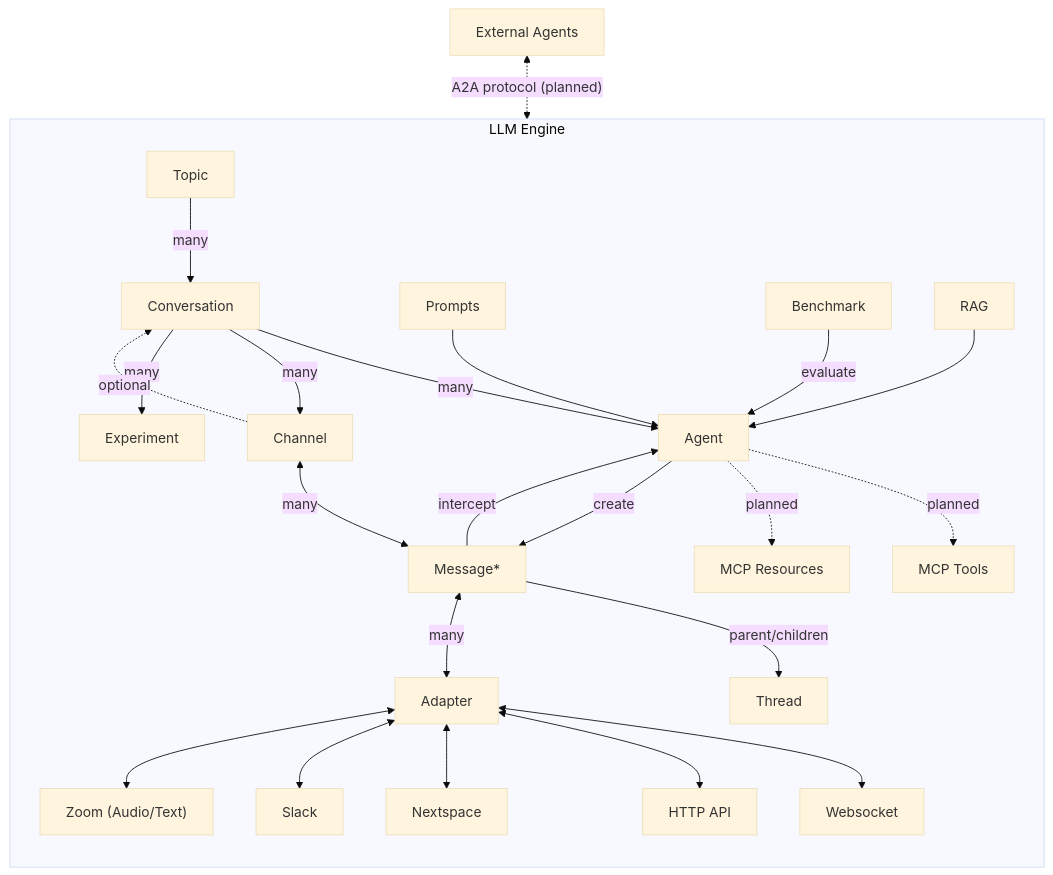
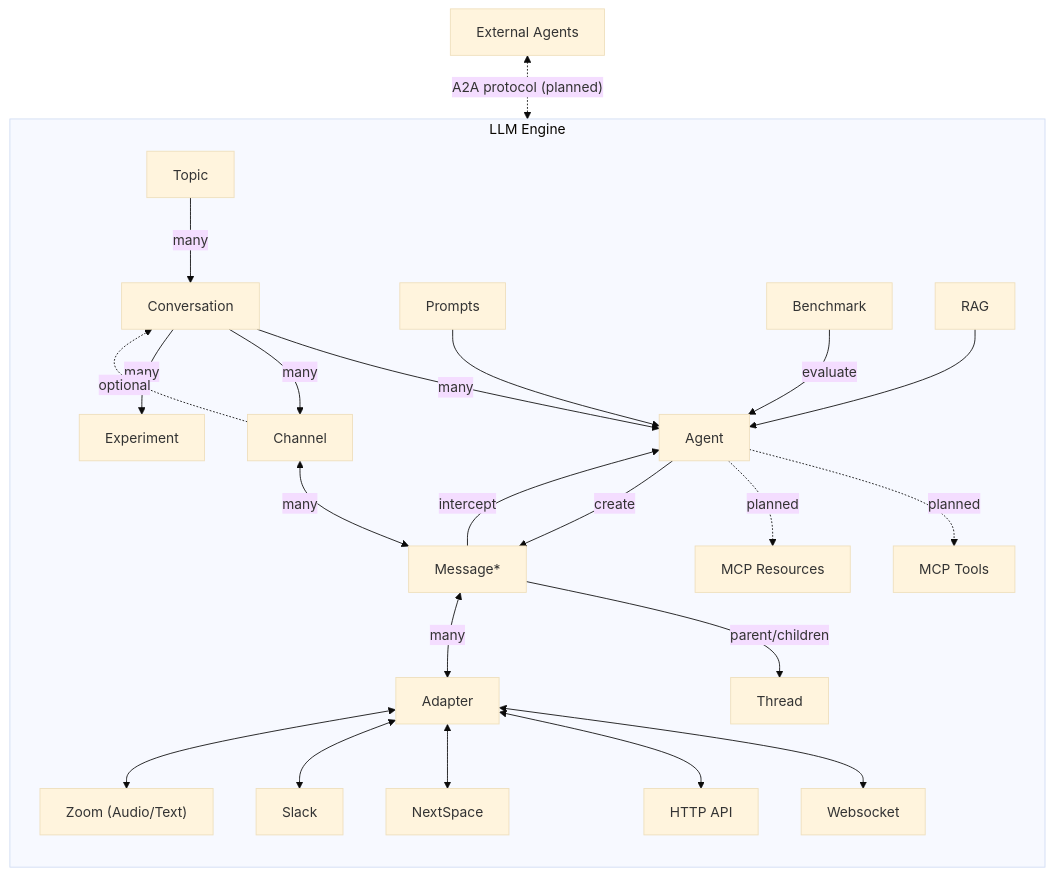
One commit to berkmancenter/llm_engine changed the diagram in docs/pages/developers/index.md. Above: the diagram before and after it, drawn with Mermaid (base theme). The commit also changed other lines of this file and 28 other files, not shown here.

Commit message:
fix: correct NextSpace product name capitalization throughout

````diff
--- a/docs/pages/developers/index.md
+++ b/docs/pages/developers/index.md
@@ -59,51 +59,51 @@
 ```mermaid
 flowchart TD
   subgraph LLM Engine
     direction TB
     Topic["Topic"]
     Conversation["Conversation"]
     Experiment["Experiment"]
     Benchmark["Benchmark"]
     Agent["Agent"]
     Channel["Channel"]
     Message["Message*"]
     Thread["Thread"]
     Zoom["Zoom (Audio/Text)"]
-    Nextspace["Nextspace"]
+    NextSpace["NextSpace"]
     Prompts["Prompts"]
     MCPTools["MCP Tools"]
     MCPResources["MCP Resources"]
     Slack["Slack"]
     API["HTTP API"]
 
     Topic -->|many| Conversation
     Conversation -->|many| Agent
     Conversation -->|many| Channel
     Conversation -->|many| Experiment
     Channel <-->|many| Message
     Channel -. "optional" .-> Conversation
 
     Prompts --> Agent
     Benchmark -->|evaluate| Agent
     RAG --> Agent
     Agent -. "planned" .-> MCPTools
     Agent -. "planned" .-> MCPResources
 
     Message --> |intercept| Agent
     Agent -->|create| Message
 
     Message --> |parent/children|Thread
 
     Message <-->|many|Adapter
 
     Adapter <--> Websocket
     Adapter <--> API
-    Adapter <--> Nextspace
+    Adapter <--> NextSpace
     Adapter <--> Slack
     Adapter <--> Zoom
 
     end
 
   ExternalAgents["External Agents"]
   ExternalAgents <-. "A2A protocol (planned)" .-> Agent
 ```
````
